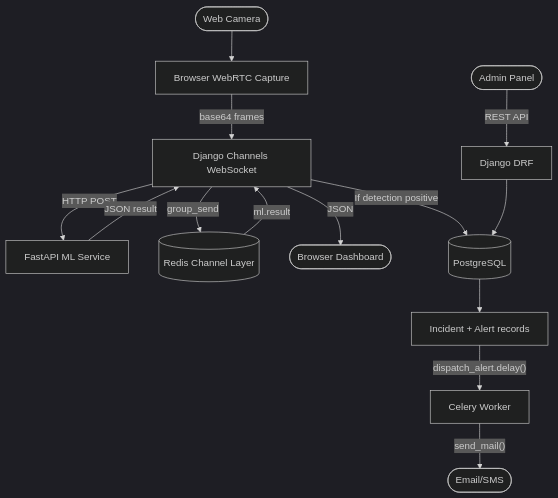
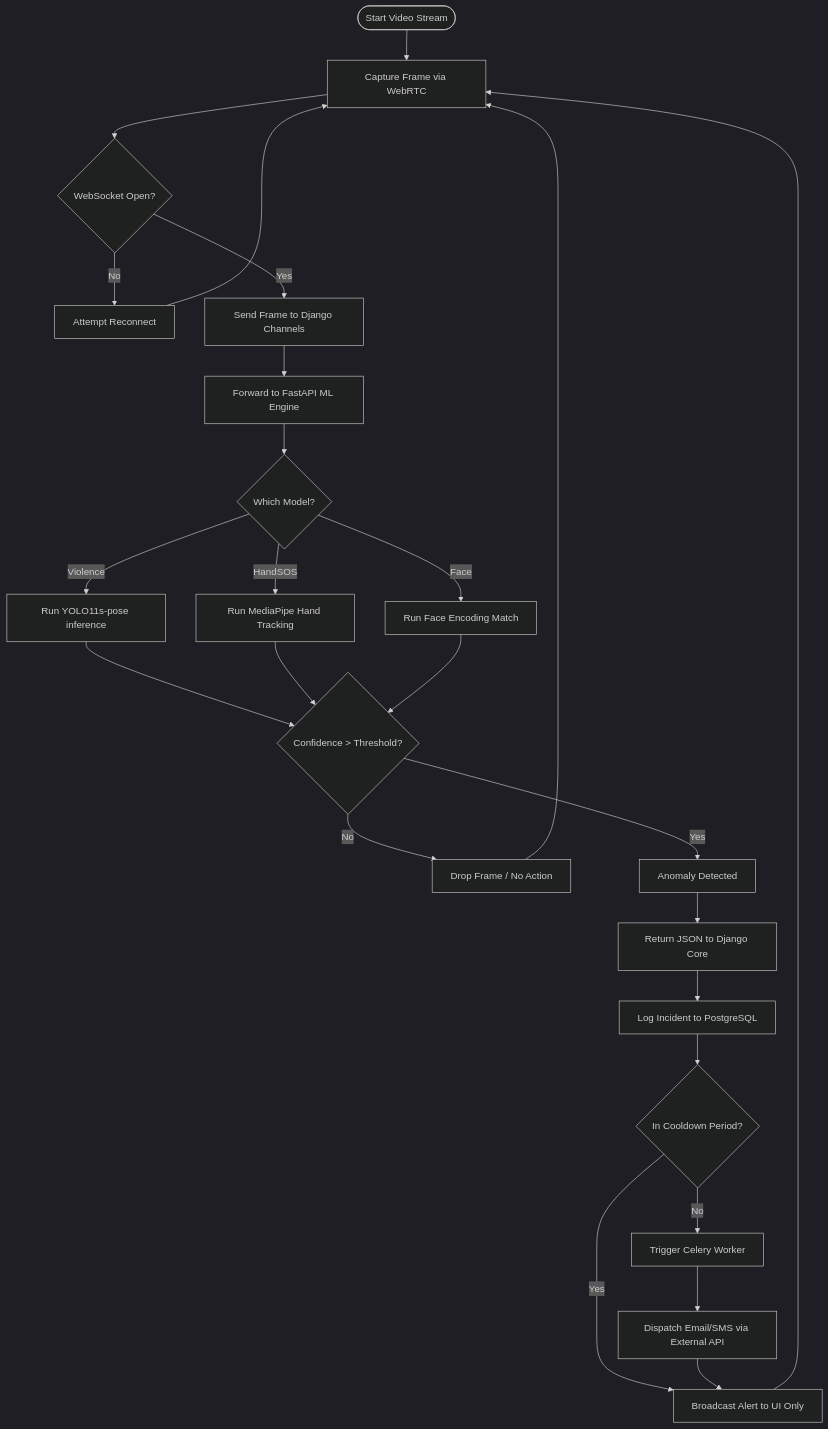
Before and after one commit to nathanmendis/carevault-tensortitans: the fourth of 4 diagrams in migration_doc.md, drawn with Mermaid (dark theme). The commit also changed other lines of this file and 84 other files, not shown here.

````diff
--- a/migration_doc.md
+++ b/migration_doc.md
@@ -389,18 +137,37 @@
 ```mermaid
 flowchart TD
-    Camera([Web Camera]) --> WebRTC[Browser WebRTC Capture]
-    WebRTC --> |"base64 frames"| WS[Django Channels WebSocket]
-    WS --> |"HTTP POST"| ML[FastAPI ML Service]
-    ML --> |"JSON result"| WS
-    WS --> |"group_send"| Redis[(Redis Channel Layer)]
-    Redis --> |"ml.result"| WS
-    WS --> |"JSON"| Browser([Browser Dashboard])
-
-    WS --> |"If detection positive"| DB[(PostgreSQL)]
-    DB --> Incident[Incident + Alert records]
-    Incident --> |"dispatch_alert.delay()"| Celery[Celery Worker]
-    Celery --> |"send_mail()"| Email([Email/SMS])
-
-    Admin([Admin Panel]) --> |"REST API"| Django[Django DRF]
-    Django --> DB
+    Start([Start Video Stream]) --> Capture[Capture Frame via WebRTC]
+    Capture --> WS{WebSocket Open?}
+    
+    WS -- No --> Reconnect[Attempt Reconnect]
+    Reconnect --> Capture
+    
+    WS -- Yes --> Send[Send Frame to Django Channels]
+    Send --> ML_Service[Forward to FastAPI ML Engine]
+    
+    ML_Service --> Type{Which Model?}
+    
+    Type -- Violence --> YOLO[Run YOLO11s-pose inference]
+    Type -- HandSOS --> Media[Run MediaPipe Hand Tracking]
+    Type -- Face --> FaceRecog[Run Face Encoding Match]
+    
+    YOLO --> Confidence{Confidence > Threshold?}
+    Media --> Confidence
+    FaceRecog --> Confidence
+    
+    Confidence -- No --> Drop[Drop Frame / No Action]
+    Drop --> Capture
+    
+    Confidence -- Yes --> Detect[Anomaly Detected]
+    Detect --> Django[Return JSON to Django Core]
+    
+    Django --> Log[Log Incident to PostgreSQL]
+    Log --> Cooldown{In Cooldown Period?}
+    
+    Cooldown -- Yes --> UpdateUI[Broadcast Alert to UI Only]
+    UpdateUI --> Capture
+    
+    Cooldown -- No --> Trigger[Trigger Celery Worker]
+    Trigger --> SendEmail[Dispatch Email/SMS via External API]
+    SendEmail --> UpdateUI
 ```
````
